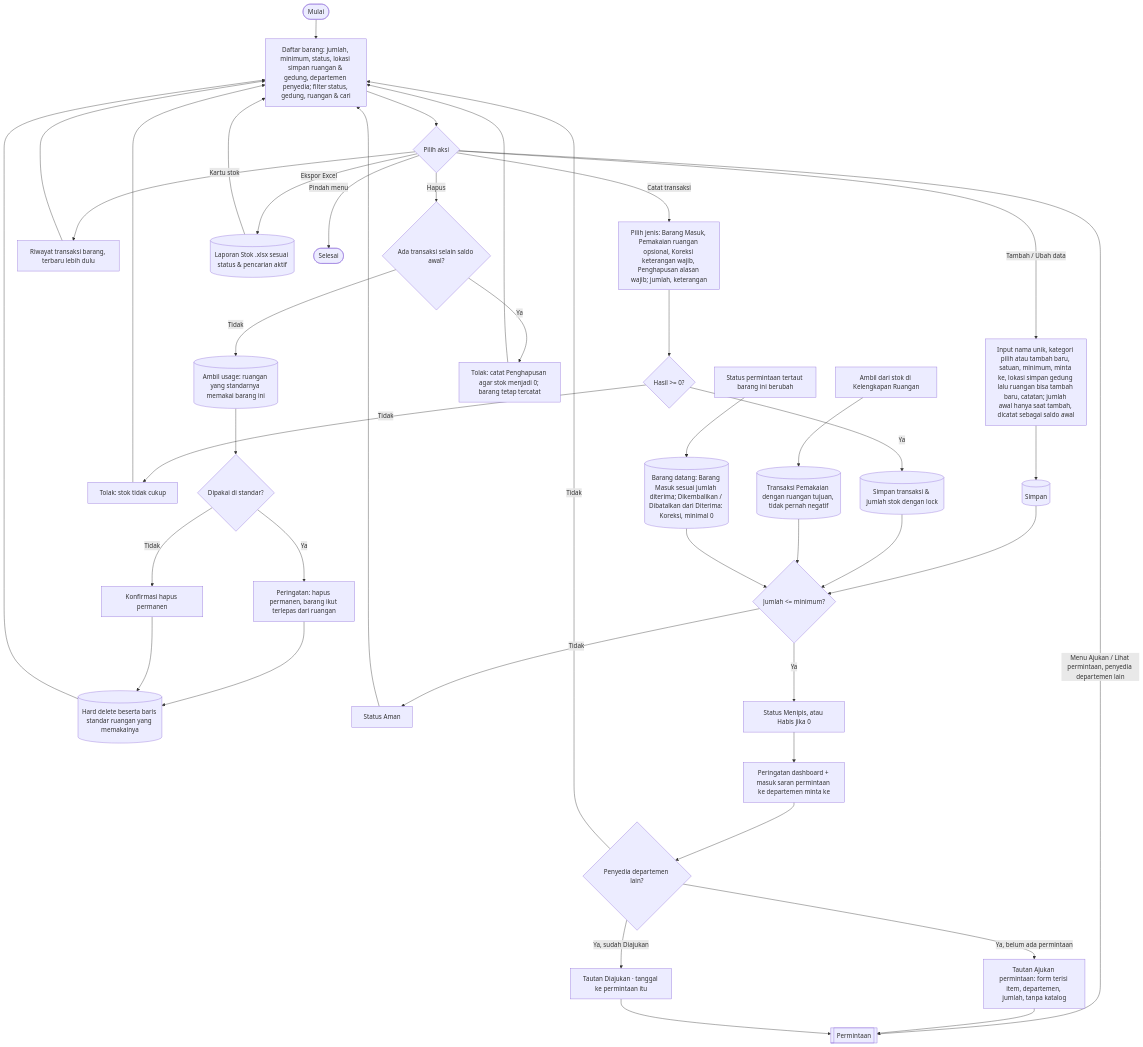
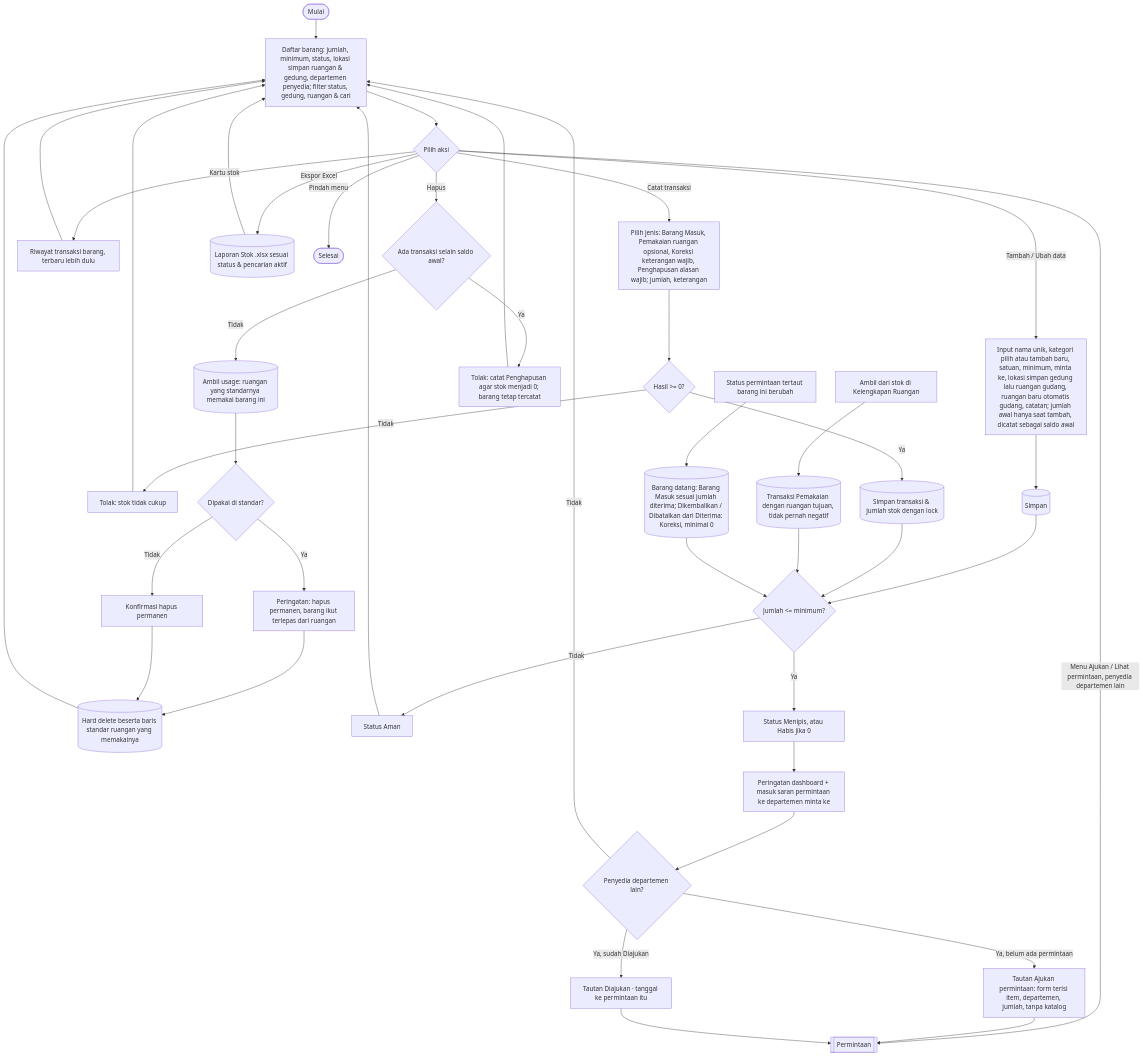
Before and after one commit to mrizqihidayat/system-tracking-asset: the eighth of 9 diagrams in docs/flowchart.md, drawn with Mermaid. The commit also changed 29 other files, not shown here.

First line of the commit message:
T26w: tanda gudang pada ruangan

````diff
--- a/docs/flowchart.md
+++ b/docs/flowchart.md
@@ -290,37 +290,37 @@
 ```mermaid
 flowchart TD
     A([Mulai]) --> B[Daftar barang: jumlah, minimum, status, lokasi simpan ruangan & gedung, departemen penyedia; filter status, gedung, ruangan & cari]
     B --> C{Pilih aksi}
 
-    C -- Tambah / Ubah data --> T1[Input nama unik, kategori pilih atau tambah baru, satuan, minimum, minta ke, lokasi simpan gedung lalu ruangan bisa tambah baru, catatan; jumlah awal hanya saat tambah, dicatat sebagai saldo awal] --> T2[(Simpan)] --> CEK
+    C -- Tambah / Ubah data --> T1[Input nama unik, kategori pilih atau tambah baru, satuan, minimum, minta ke, lokasi simpan gedung lalu ruangan gudang, ruangan baru otomatis gudang, catatan; jumlah awal hanya saat tambah, dicatat sebagai saldo awal] --> T2[(Simpan)] --> CEK
 
     C -- Catat transaksi --> J0[Pilih jenis: Barang Masuk, Pemakaian ruangan opsional, Koreksi keterangan wajib, Penghapusan alasan wajib; jumlah, keterangan]
     J0 --> J3{Hasil >= 0?}
     J3 -- Tidak --> J4[Tolak: stok tidak cukup] --> B
     J3 -- Ya --> J5[(Simpan transaksi & jumlah stok dengan lock)] --> CEK
 
     C -- Kartu stok --> KS[Riwayat transaksi barang, terbaru lebih dulu] --> B
 
     R0[Ambil dari stok di Kelengkapan Ruangan] --> R1[(Transaksi Pemakaian dengan ruangan tujuan, tidak pernah negatif)] --> CEK
     R2[Status permintaan tertaut barang ini berubah] --> R3[(Barang datang: Barang Masuk sesuai jumlah diterima; Dikembalikan / Dibatalkan dari Diterima: Koreksi, minimal 0)] --> CEK
 
     C -- Hapus --> H00{Ada transaksi selain saldo awal?}
     H00 -- Ya --> H01[Tolak: catat Penghapusan agar stok menjadi 0; barang tetap tercatat] --> B
     H00 -- Tidak --> H0[(Ambil usage: ruangan yang standarnya memakai barang ini)]
     H0 --> H1{Dipakai di standar?}
     H1 -- Ya --> H2[Peringatan: hapus permanen, barang ikut terlepas dari ruangan]
     H1 -- Tidak --> H3[Konfirmasi hapus permanen]
     H2 & H3 --> H4[(Hard delete beserta baris standar ruangan yang memakainya)] --> B
 
     C -- Menu Ajukan / Lihat permintaan, penyedia departemen lain --> S6a[[Permintaan]]
 
     C -- Ekspor Excel --> X1[(Laporan Stok .xlsx sesuai status & pencarian aktif)] --> B
     C -- Pindah menu --> Z([Selesai])
 
     CEK{Jumlah <= minimum?}
     CEK -- Tidak --> S1[Status Aman] --> B
     CEK -- Ya --> S2[Status Menipis, atau Habis jika 0] --> S3[Peringatan dashboard + masuk saran permintaan ke departemen minta ke] --> S4{Penyedia departemen lain?}
     S4 -- Tidak --> B
     S4 -- Ya, belum ada permintaan --> S5a[Tautan Ajukan permintaan: form terisi item, departemen, jumlah, tanpa katalog] --> S6a
     S4 -- Ya, sudah Diajukan --> S7a[Tautan Diajukan · tanggal ke permintaan itu] --> S6a
 ```
````
